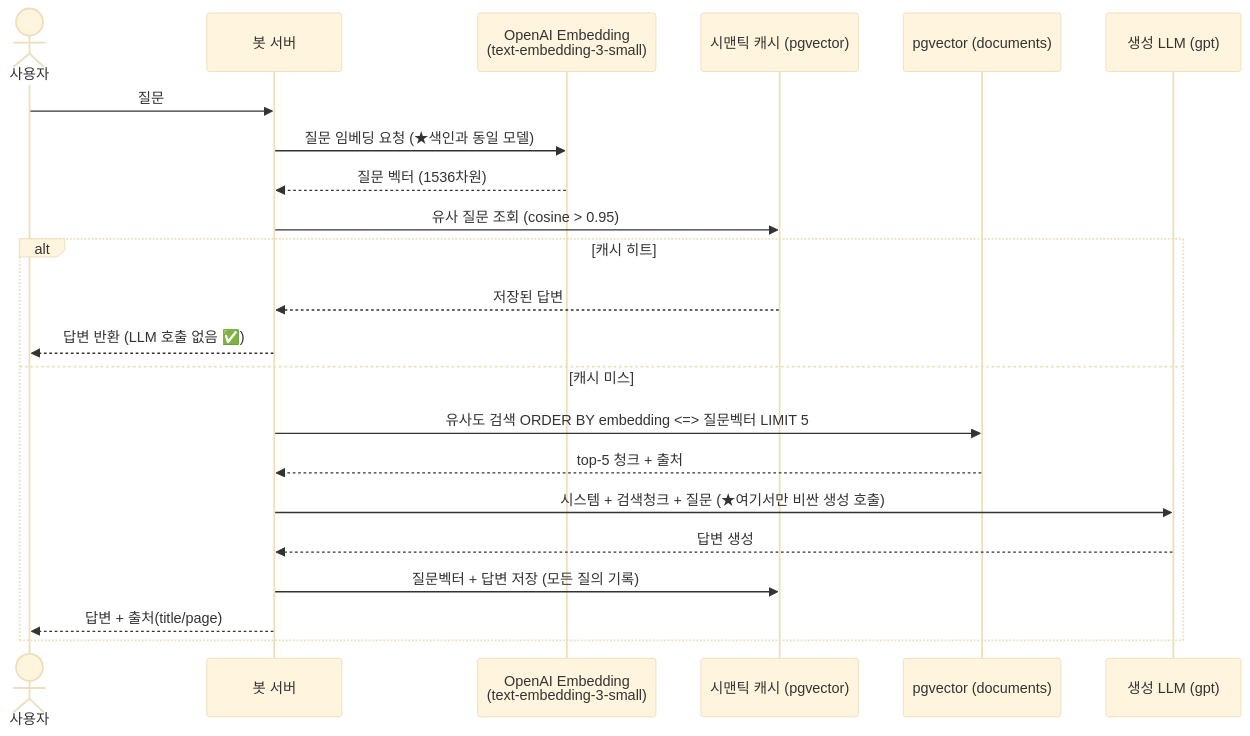
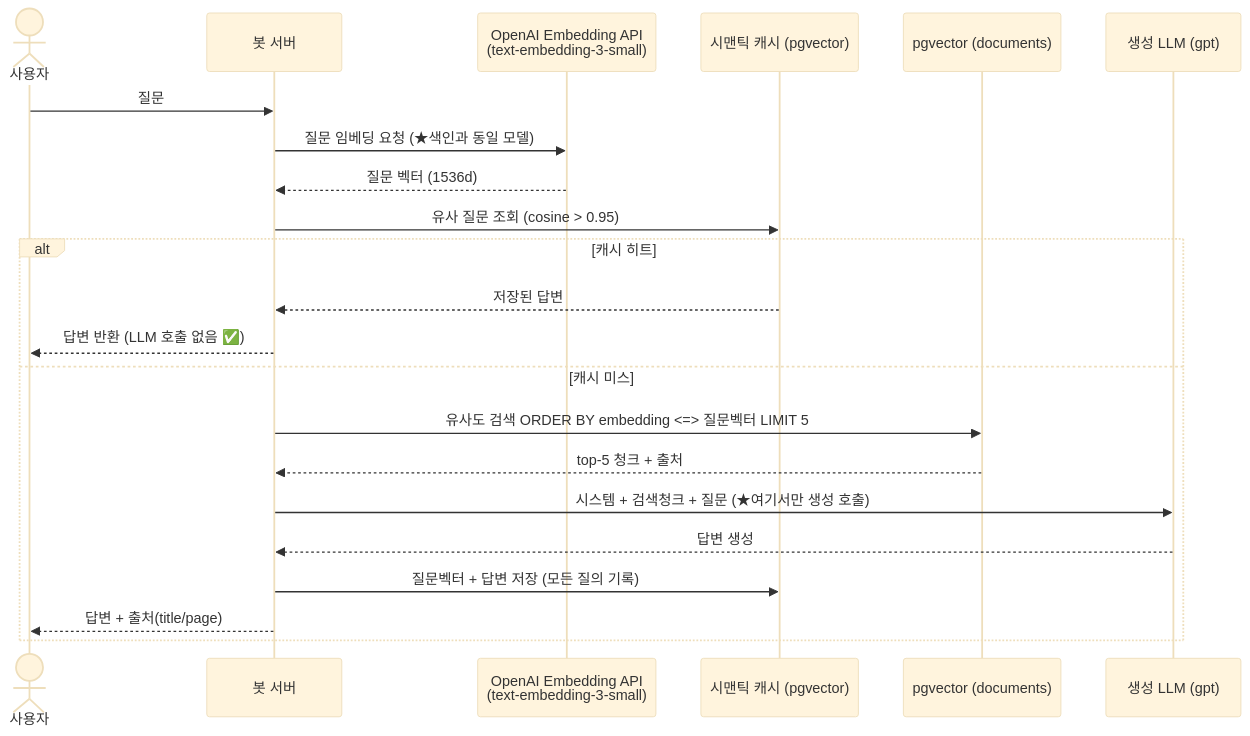
One commit to ddongjunn/contrabass-rag changed the diagram in README.md. Above: the diagram before and after it, drawn with Mermaid (base theme). The commit also changed other lines of this file and 16 other files, not shown here.

````diff
--- a/README.md
+++ b/README.md
@@ -15,25 +17,25 @@
 ```mermaid
 sequenceDiagram
     actor U as 사용자
     participant B as 봇 서버
-    participant E as OpenAI Embedding<br/>(text-embedding-3-small)
+    participant E as OpenAI Embedding API<br/>(text-embedding-3-small)
     participant C as 시맨틱 캐시 (pgvector)
     participant D as pgvector (documents)
     participant L as 생성 LLM (gpt)
 
     U->>B: 질문
     B->>E: 질문 임베딩 요청 (★색인과 동일 모델)
-    E-->>B: 질문 벡터 (1536차원)
+    E-->>B: 질문 벡터 (1536d)
     B->>C: 유사 질문 조회 (cosine > 0.95)
     alt 캐시 히트
         C-->>B: 저장된 답변
         B-->>U: 답변 반환 (LLM 호출 없음 ✅)
     else 캐시 미스
         B->>D: 유사도 검색 ORDER BY embedding <=> 질문벡터 LIMIT 5
         D-->>B: top-5 청크 + 출처
-        B->>L: 시스템 + 검색청크 + 질문 (★여기서만 비싼 생성 호출)
+        B->>L: 시스템 + 검색청크 + 질문 (★여기서만 생성 호출)
         L-->>B: 답변 생성
         B->>C: 질문벡터 + 답변 저장 (모든 질의 기록)
         B-->>U: 답변 + 출처(title/page)
     end
 ```
````
